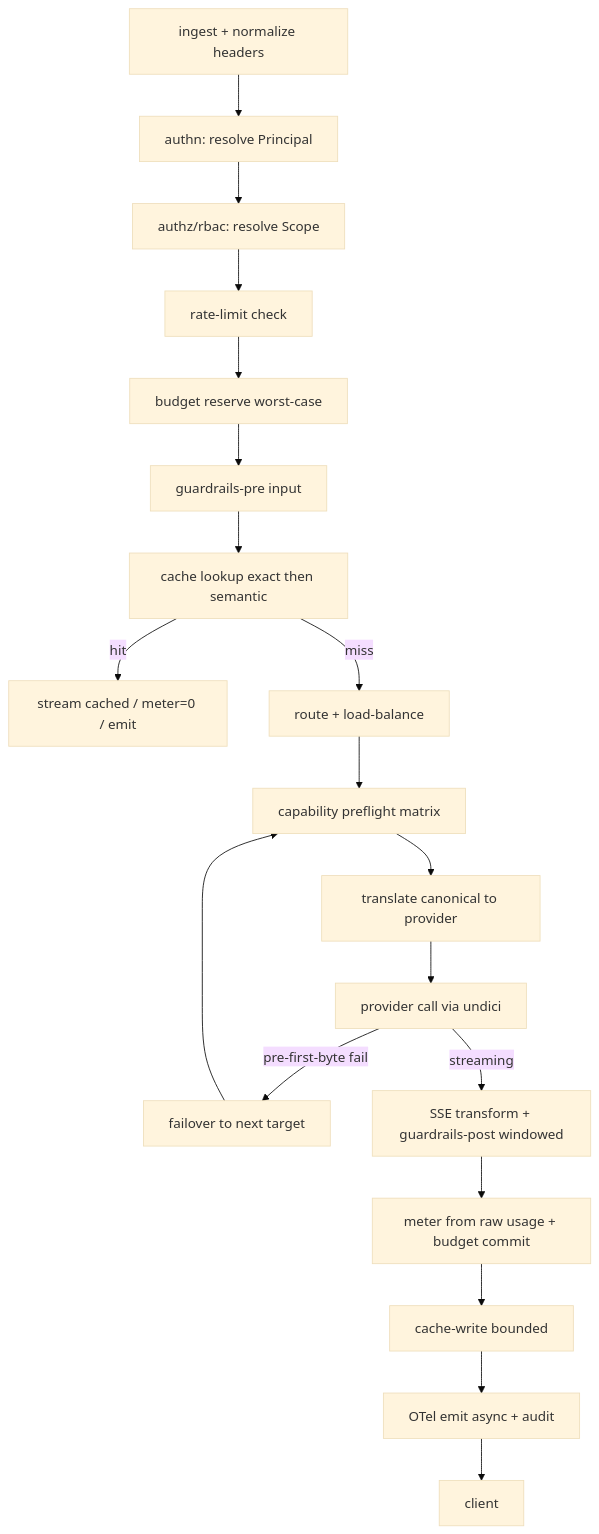
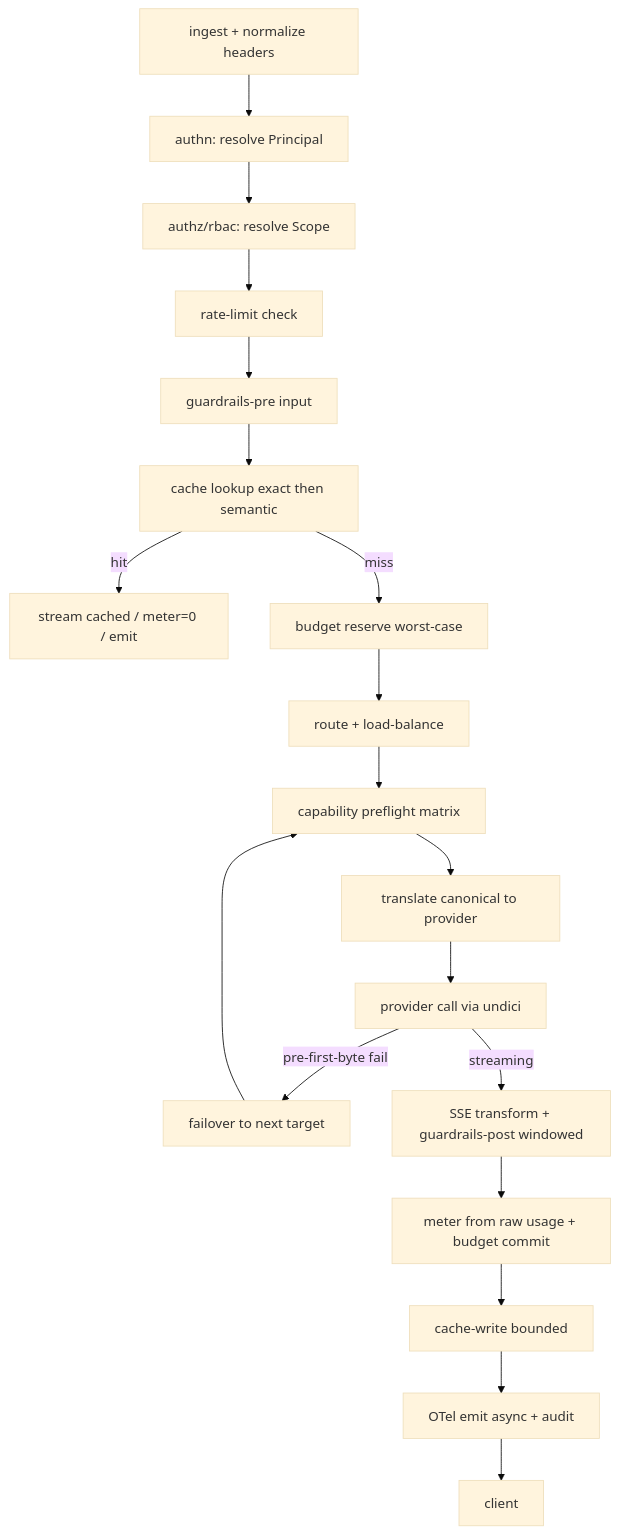
Before and after one commit to bogware/gulley: the second of 2 diagrams in docs/ARCHITECTURE.md, drawn with Mermaid (base theme). The commit also changed other lines of this file and 4 other files, not shown here.

````diff
--- a/docs/ARCHITECTURE.md
+++ b/docs/ARCHITECTURE.md
@@ -103,21 +103,21 @@
 ```mermaid
 flowchart TD
   A[ingest + normalize headers] --> B[authn: resolve Principal]
   B --> C[authz/rbac: resolve Scope]
   C --> D[rate-limit check]
-  D --> E[budget reserve worst-case]
-  E --> F[guardrails-pre input]
+  D --> F[guardrails-pre input]
   F --> G[cache lookup exact then semantic]
   G -->|hit| Z[stream cached / meter=0 / emit]
-  G -->|miss| H[route + load-balance]
+  G -->|miss| E[budget reserve worst-case]
+  E --> H[route + load-balance]
   H --> I[capability preflight matrix]
   I --> J[translate canonical to provider]
   J --> K[provider call via undici]
   K -->|pre-first-byte fail| H2[failover to next target]
   H2 --> I
   K -->|streaming| L[SSE transform + guardrails-post windowed]
   L --> M[meter from raw usage + budget commit]
   M --> N[cache-write bounded]
   N --> O[OTel emit async + audit]
   O --> Z2[client]
 ```
````
